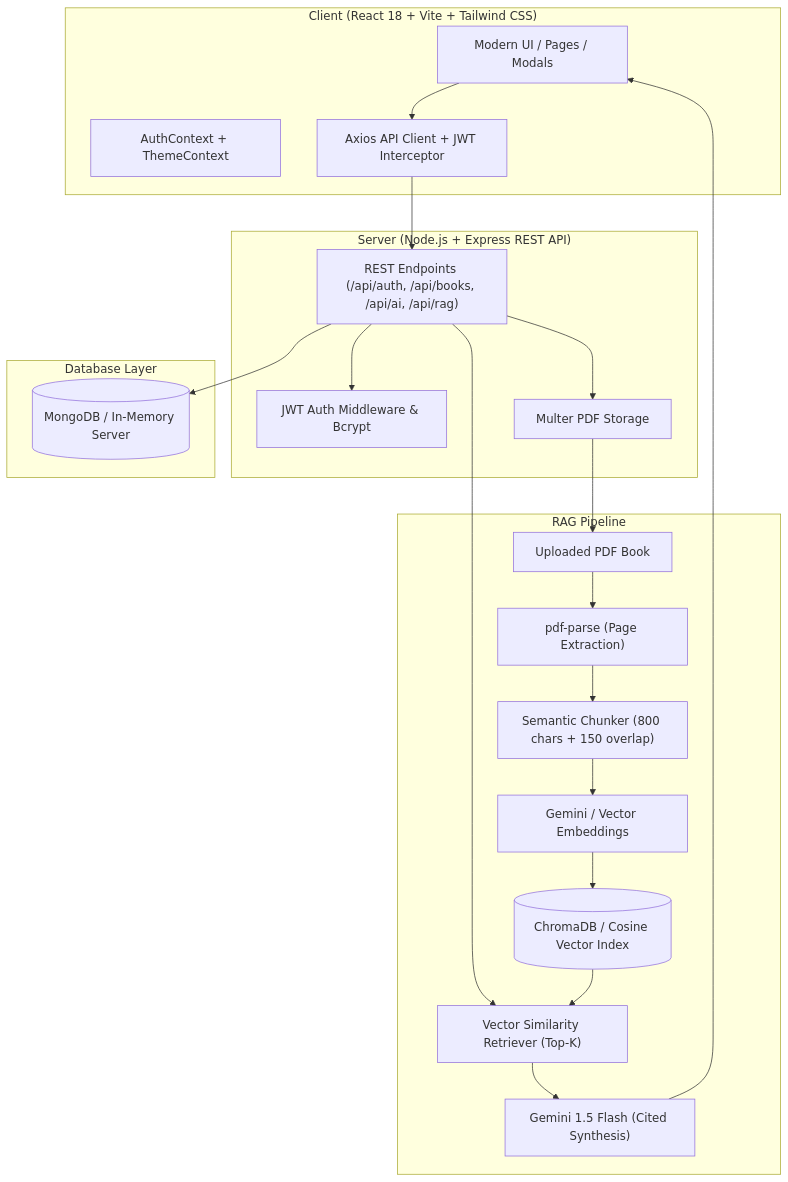
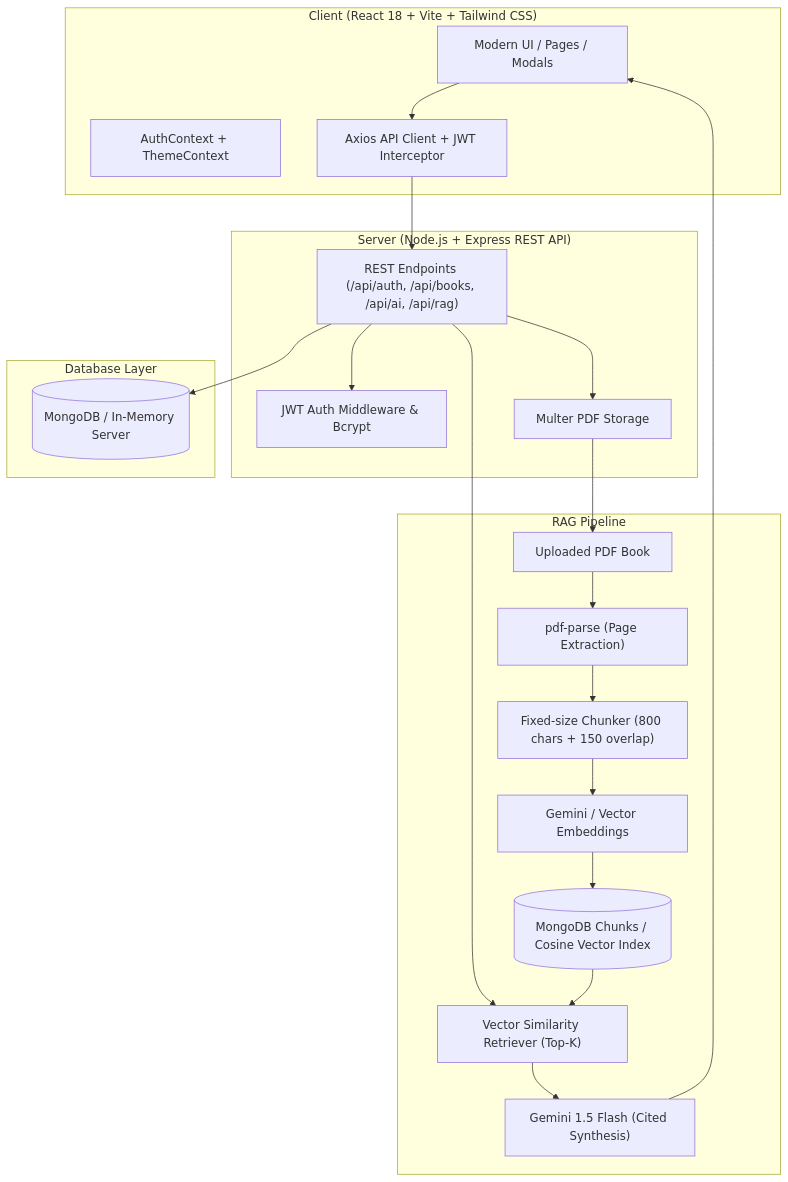
The diagram in README.md (VinoothnaAnand18/CurateNest), drawn with Mermaid before and after one commit. The commit also changed other lines of this file and 14 other files, not shown here.

````diff
--- a/README.md
+++ b/README.md
@@ -80,38 +80,38 @@
 ```mermaid
 flowchart TD
     subgraph Frontend["Client (React 18 + Vite + Tailwind CSS)"]
         UI["Modern UI / Pages / Modals"]
         State["AuthContext + ThemeContext"]
         Axios["Axios API Client + JWT Interceptor"]
     end
 
     subgraph Backend["Server (Node.js + Express REST API)"]
         Routes["REST Endpoints (/api/auth, /api/books, /api/ai, /api/rag)"]
         AuthMid["JWT Auth Middleware & Bcrypt"]
         Upload["Multer PDF Storage"]
     end
 
     subgraph RAG_Engine["RAG Pipeline"]
         PDF["Uploaded PDF Book"]
         Extract["pdf-parse (Page Extraction)"]
-        Chunk["Semantic Chunker (800 chars + 150 overlap)"]
+        Chunk["Fixed-size Chunker (800 chars + 150 overlap)"]
         Embed["Gemini / Vector Embeddings"]
-        VectorDB[("ChromaDB / Cosine Vector Index")]
+        VectorDB[("MongoDB Chunks / Cosine Vector Index")]
         Retriever["Vector Similarity Retriever (Top-K)"]
         GeminiSyn["Gemini 1.5 Flash (Cited Synthesis)"]
     end
 
     subgraph Database["Database Layer"]
         Mongoose[("MongoDB / In-Memory Server")]
     end
 
     UI --> Axios
     Axios --> Routes
     Routes --> AuthMid
     Routes --> Mongoose
     Routes --> Upload
     Upload --> PDF
     PDF --> Extract --> Chunk --> Embed --> VectorDB
     Routes --> Retriever
     VectorDB --> Retriever --> GeminiSyn --> UI
 ```
````
